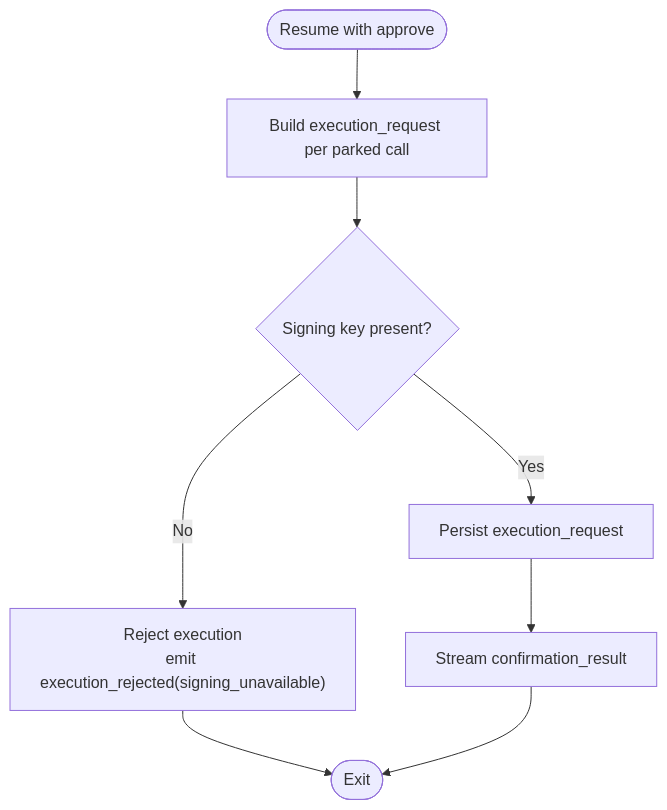
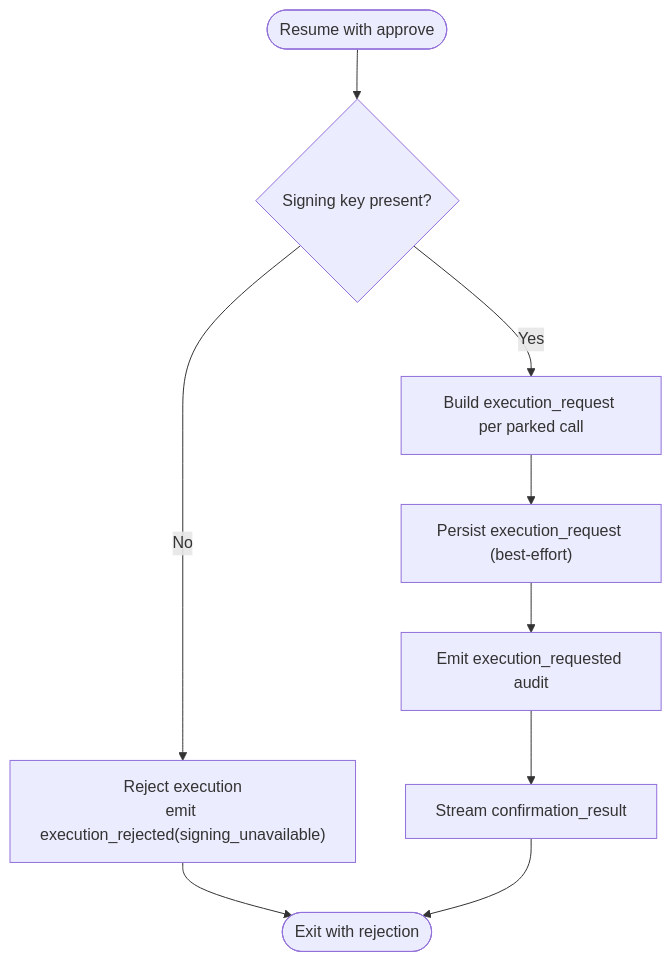
Before and after one commit to metasync/luban-aiops: the third of 8 diagrams in .qoder/repowiki/en/content/Architecture Documentation/SPEC-037_ Signed Execution Requests and Receipts.md, drawn with Mermaid. The commit also changed other lines of this file and 27 other files, not shown here.

````diff
--- a/.qoder/repowiki/en/content/Architecture Documentation/SPEC-037_ Signed Execution Requests and Receipts.md
+++ b/.qoder/repowiki/en/content/Architecture Documentation/SPEC-037_ Signed Execution Requests and Receipts.md
@@ -138,10 +170,11 @@
 ```mermaid
 flowchart TD
-Start(["Resume with approve"]) --> Build["Build execution_request per parked call"]
-Build --> KeyCheck{"Signing key present?"}
+Start(["Resume with approve"]) --> KeyCheck{"Signing key present?"}
 KeyCheck --> |No| Reject["Reject execution<br/>emit execution_rejected(signing_unavailable)"]
-KeyCheck --> |Yes| Persist["Persist execution_request"]
-Persist --> Stream["Stream confirmation_result"]
-Reject --> End(["Exit"])
+KeyCheck --> |Yes| Build["Build execution_request per parked call"]
+Build --> Persist["Persist execution_request (best-effort)"]
+Persist --> Emit["Emit execution_requested audit"]
+Emit --> Stream["Stream confirmation_result"]
+Reject --> End(["Exit with rejection"])
 Stream --> End
 ```
````
